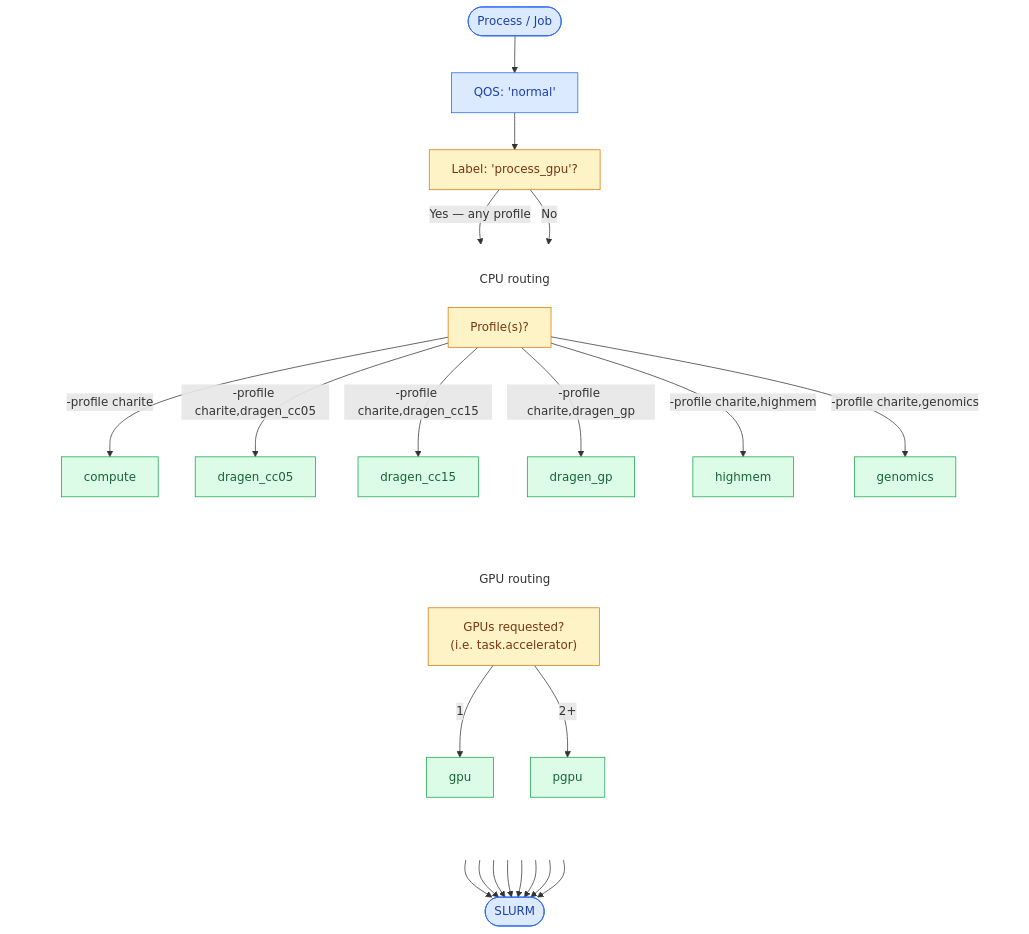
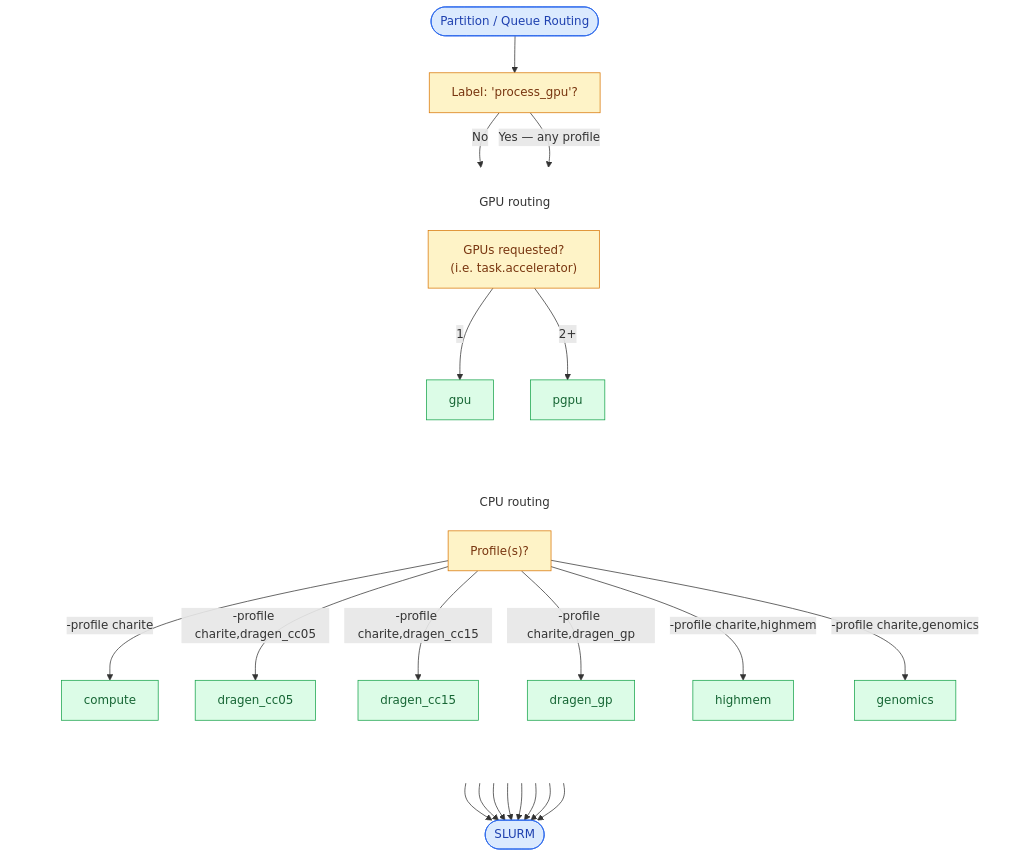
One commit to ScientificComputingCharite/configs changed the second of 2 diagrams in docs/charite.md. Above: the diagram before and after it, drawn with Mermaid. The commit also changed other lines of this file, not shown here.

````diff
--- a/docs/charite.md
+++ b/docs/charite.md
@@ -432,74 +449,73 @@
 ```mermaid
 ---
 config:
   flowchart:
     wrappingWidth: 1000
 ---
 flowchart TB
-    A(["Process / Job"])
-    Q["QOS: 'normal'"]
+    A(["Partition / Queue Routing"])
     B["Label: 'process_gpu'?"]
 
-    A --> Q --> B
+    A --> B
 
     subgraph ROUTING[" "]
         direction LR
-
-        subgraph GPU["GPU routing"]
-            direction TB
-            C["GPUs requested?\n (i.e. task.accelerator)"]
-            D["gpu"]
-            E["pgpu"]
-
-            C -->|"1"| D
-            C -->|"2+"| E
-        end
 
         subgraph CPU["CPU routing"]
             direction TB
             F["Profile(s)?"]
 
             G["compute"]
             H["dragen_cc05"]
             I["dragen_cc15"]
             J["dragen_gp"]
             K["highmem"]
             L["genomics"]
 
             F -->|"-profile charite"| G
             F -->|"-profile charite,dragen_cc05"| H
             F -->|"-profile charite,dragen_cc15"| I
             F -->|"-profile charite,dragen_gp"| J
             F -->|"-profile charite,highmem"| K
             F -->|"-profile charite,genomics"| L
         end
+
+        subgraph GPU["GPU routing"]
+            direction TB
+            C["GPUs requested?\n (i.e. task.accelerator)"]
+            D["gpu"]
+            E["pgpu"]
+
+            C -->|"1"| D
+            C -->|"2+"| E
+        end
     end
 
+    B -->|"No"| F
     B -->|"Yes — any profile"| C
-    B -->|"No"| F
+
 
     D --> N(["SLURM"])
     E --> N
     G --> N
     H --> N
     I --> N
     J --> N
     K --> N
     L --> N
 
     classDef start fill:#dbeafe,stroke:#2563eb,color:#1e40af
     classDef gpu fill:#dcfce7,stroke:#16a34a,color:#166534
     classDef cpu fill:#dcfce7,stroke:#16a34a,color:#166534
     classDef decision fill:#fef3c7,stroke:#d97706,color:#78350f
     classDef qos fill:#dbeafe,stroke:#2563eb,color:#1e40af
 
     class A,N start
-    class Q qos
     class D,E gpu
     class G,H,I,J,K,L cpu
     class B,C,F decision
 
     style ROUTING fill:none,stroke:none
     style GPU fill:none,stroke:none
     style CPU fill:none,stroke:none
 ```
````
